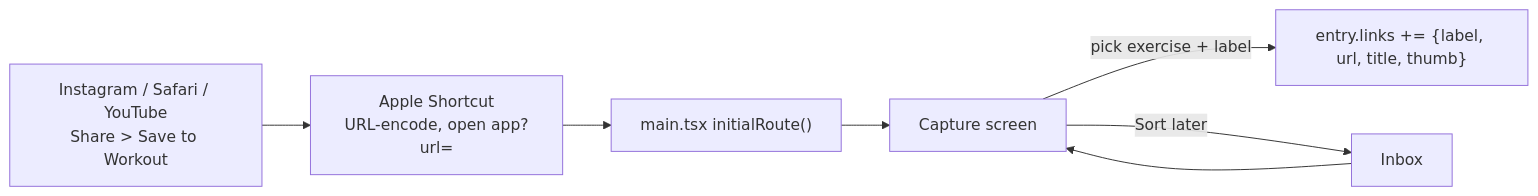
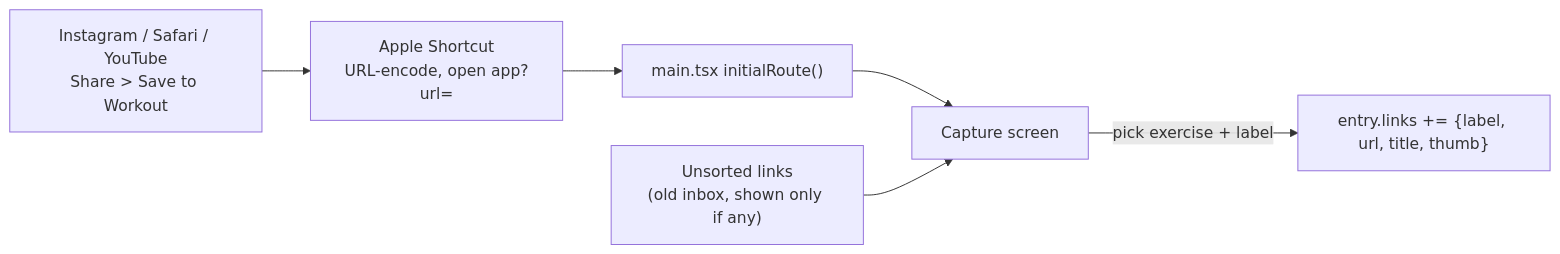
Before and after one commit to Gaurav-7-Ghosh/PersonalHealthTracker: the fourth of 6 diagrams in docs/FLOWS.md, drawn with Mermaid. The commit also changed other lines of this file and 11 other files, not shown here.

````diff
--- a/docs/FLOWS.md
+++ b/docs/FLOWS.md
@@ -66,7 +66,7 @@
 ```mermaid
 flowchart LR
   IG["Instagram / Safari / YouTube<br/>Share > Save to Workout"] --> SC["Apple Shortcut<br/>URL-encode, open app?url="]
   SC --> M["main.tsx initialRoute()"] --> C["Capture screen"]
   C -->|pick exercise + label| E["entry.links += {label, url, title, thumb}"]
-  C -->|Sort later| I["Inbox"] --> C
+  I["Unsorted links<br/>(old inbox, shown only if any)"] --> C
 ```
````
